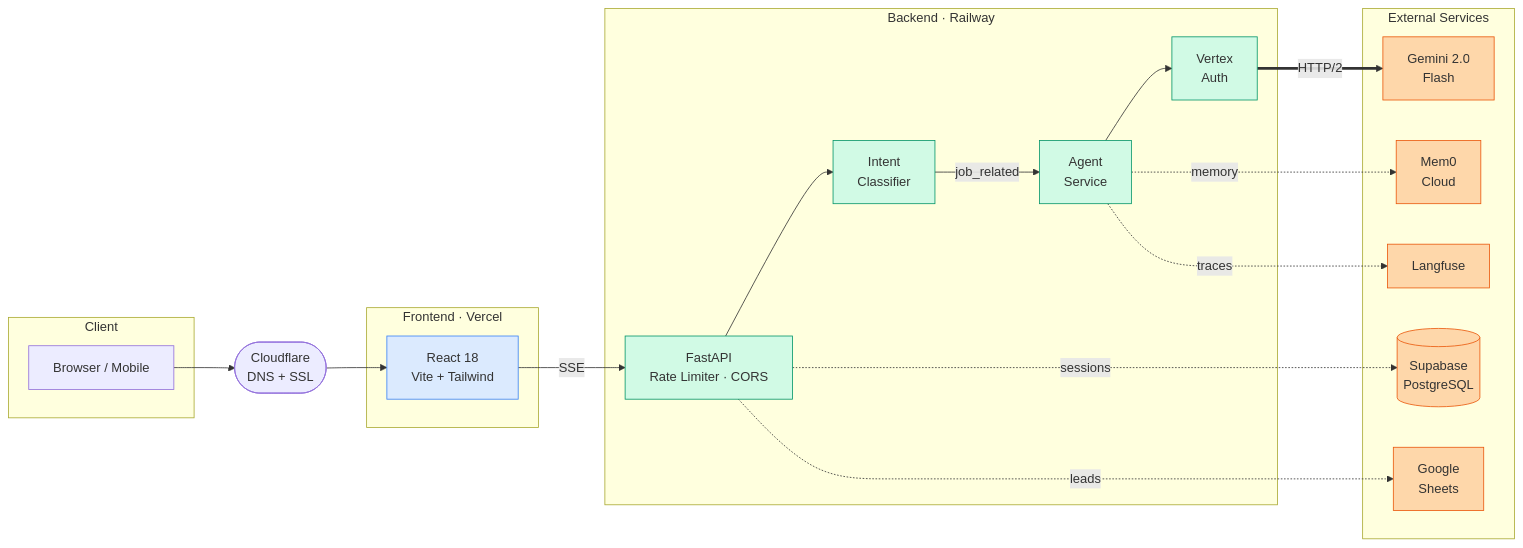
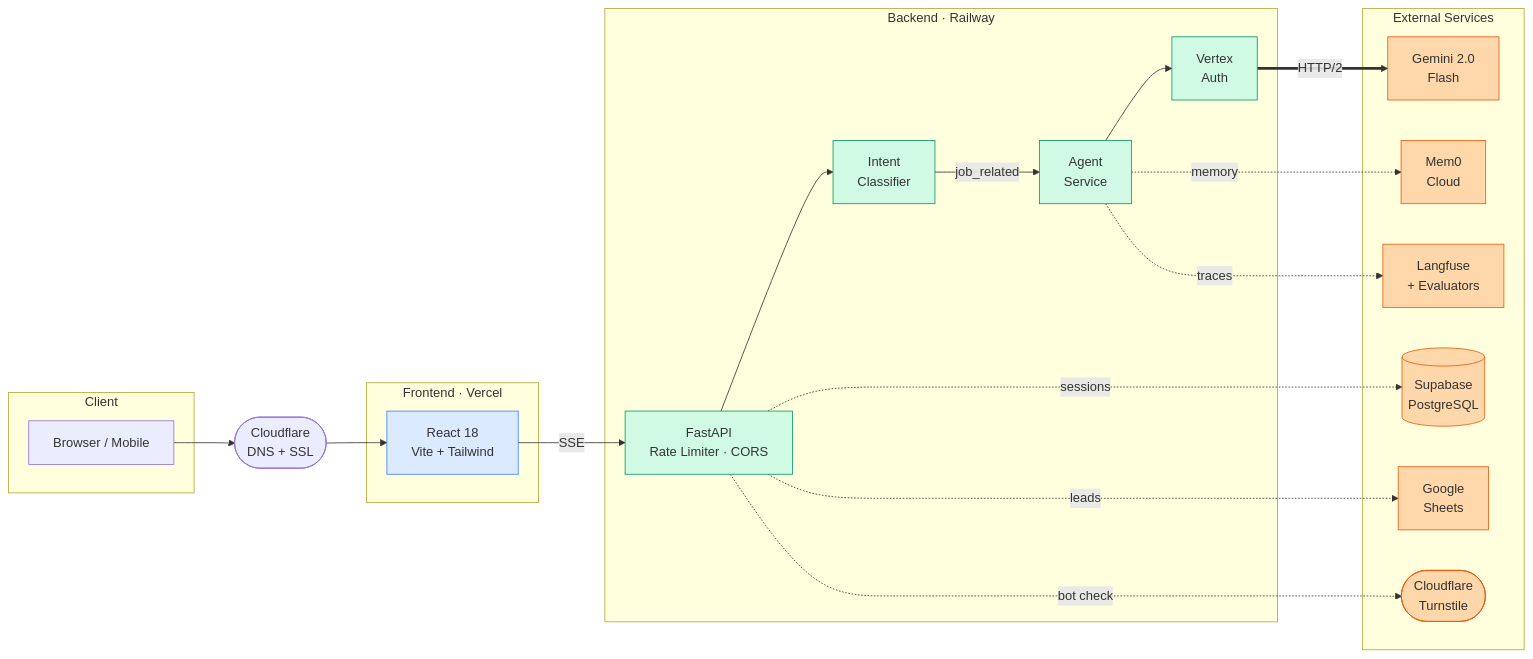
One commit to Rayhanpatel/AI-Resume-Agent changed the first of 4 diagrams in README.md. Above: the diagram before and after it, drawn with Mermaid. The commit also changed other lines of this file and 7 other files, not shown here.

````diff
--- a/README.md
+++ b/README.md
@@ -101,44 +101,46 @@
 ```mermaid
 flowchart LR
     subgraph Client
         U["Browser / Mobile"]
     end
 
     CF(["Cloudflare<br/>DNS + SSL"])
 
     subgraph FE["Frontend · Vercel"]
         React["React 18<br/>Vite + Tailwind"]
     end
 
     subgraph BE["Backend · Railway"]
         API["FastAPI<br/>Rate Limiter · CORS"]
         IC["Intent<br/>Classifier"]
         Agent["Agent<br/>Service"]
         VA["Vertex<br/>Auth"]
     end
 
     subgraph Ext["External Services"]
         Gemini["Gemini 2.0<br/>Flash"]
         Mem0["Mem0<br/>Cloud"]
-        LF["Langfuse"]
+        LF["Langfuse<br/>+ Evaluators"]
         Supa[("Supabase<br/>PostgreSQL")]
         Sheets["Google<br/>Sheets"]
+        Turn(["Cloudflare<br/>Turnstile"])
     end
 
     U --> CF --> React
     React -->|"SSE"| API
     API --> IC -->|"job_related"| Agent --> VA
     VA ==>|"HTTP/2"| Gemini
     Agent -.->|"memory"| Mem0
     Agent -.->|"traces"| LF
     API -.->|"sessions"| Supa
     API -.->|"leads"| Sheets
+    API -.->|"bot check"| Turn
 
     classDef ext fill:#fed7aa,stroke:#ea580c
     classDef be fill:#d1fae5,stroke:#059669
     classDef fe fill:#dbeafe,stroke:#3b82f6
 
-    class Gemini,Mem0,LF,Supa,Sheets ext
+    class Gemini,Mem0,LF,Supa,Sheets,Turn ext
     class API,IC,Agent,VA be
     class React fe
 ```
````
